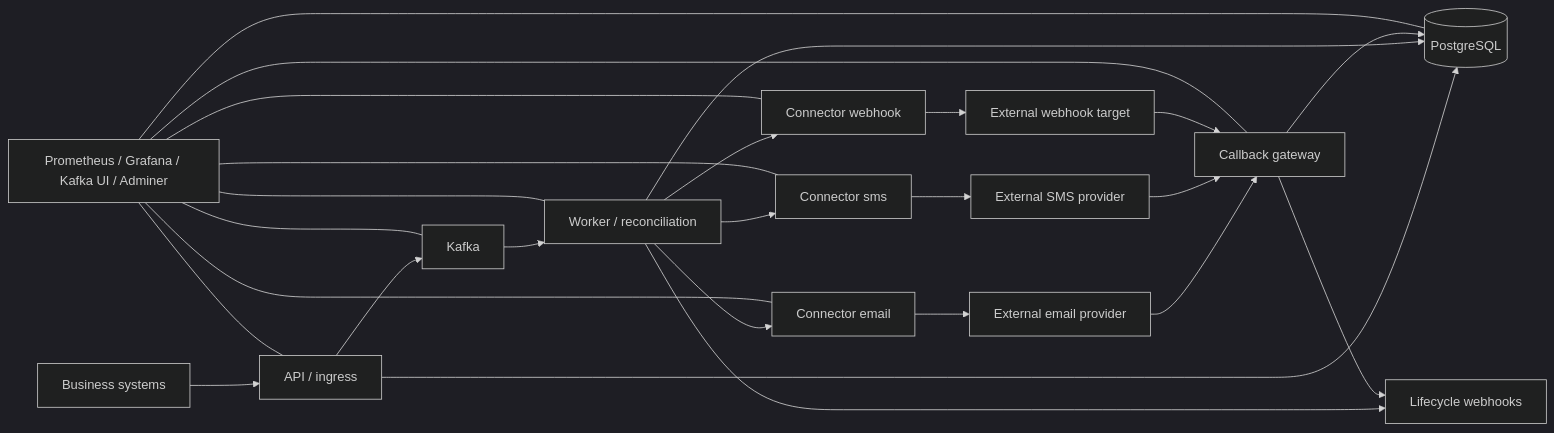
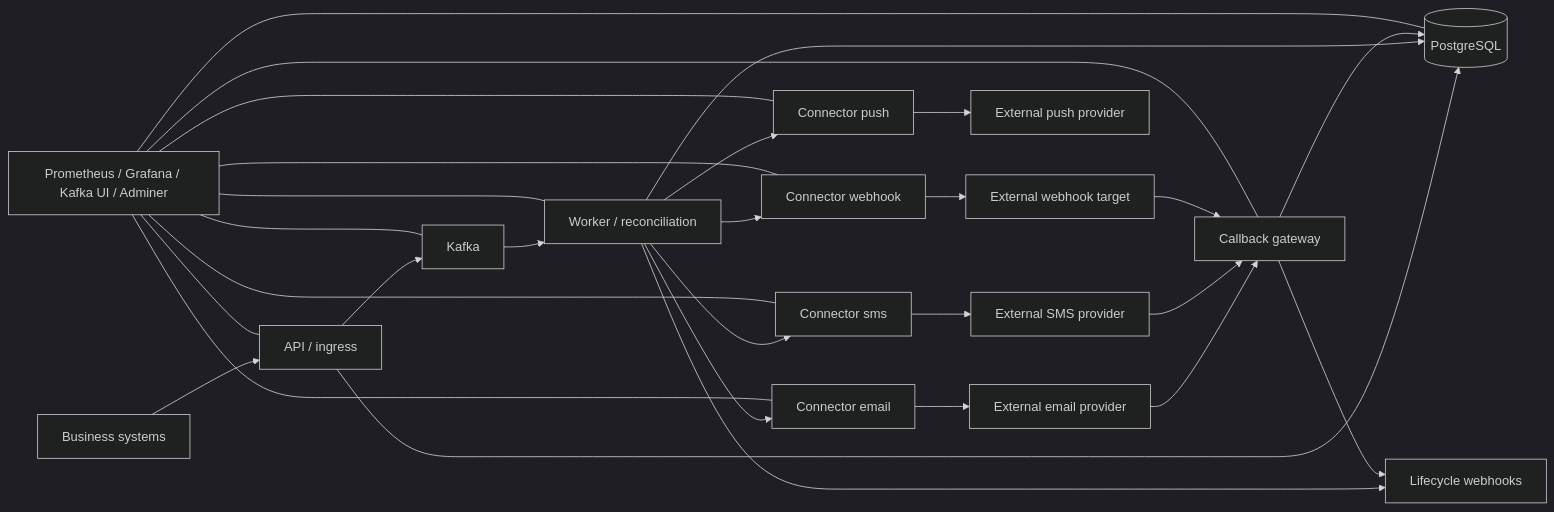
One commit to NotifyHub-in/NotifyHub changed the first of 2 diagrams in docs/architecture/system-dock.md. Above: the diagram before and after it, drawn with Mermaid (dark theme). The commit also changed other lines of this file and 29 other files, not shown here.

First line of the commit message:
feat(managed-provider): ship first-party connectors and push support

````diff
--- a/docs/architecture/system-dock.md
+++ b/docs/architecture/system-dock.md
@@ -28,44 +28,49 @@
 ```mermaid
 flowchart LR
     BS["Business systems"]
     API["API / ingress"]
     PG[(PostgreSQL)]
     K["Kafka"]
     W["Worker / reconciliation"]
     C1["Connector email"]
     C2["Connector sms"]
     C3["Connector webhook"]
+    C4["Connector push"]
     CP["Callback gateway"]
     EP1["External email provider"]
     EP2["External SMS provider"]
     EP3["External webhook target"]
+    EP4["External push provider"]
     VW["Lifecycle webhooks"]
     OBS["Prometheus / Grafana / Kafka UI / Adminer"]
 
     BS --> API
     API --> PG
     API --> K
     K --> W
     W --> PG
     W --> C1
     W --> C2
     W --> C3
+    W --> C4
     C1 --> EP1
     C2 --> EP2
     C3 --> EP3
+    C4 --> EP4
     EP1 --> CP
     EP2 --> CP
     EP3 --> CP
     CP --> PG
     W --> VW
     CP --> VW
 
     OBS --- API
     OBS --- W
     OBS --- CP
     OBS --- PG
     OBS --- K
     OBS --- C1
     OBS --- C2
     OBS --- C3
+    OBS --- C4
 ```
````
